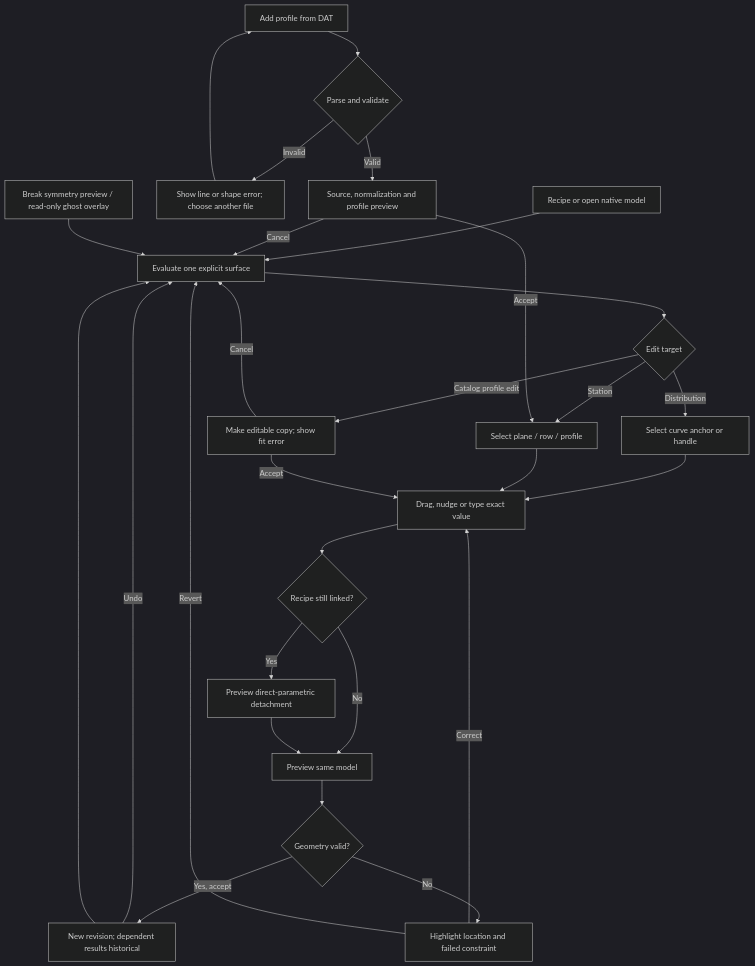
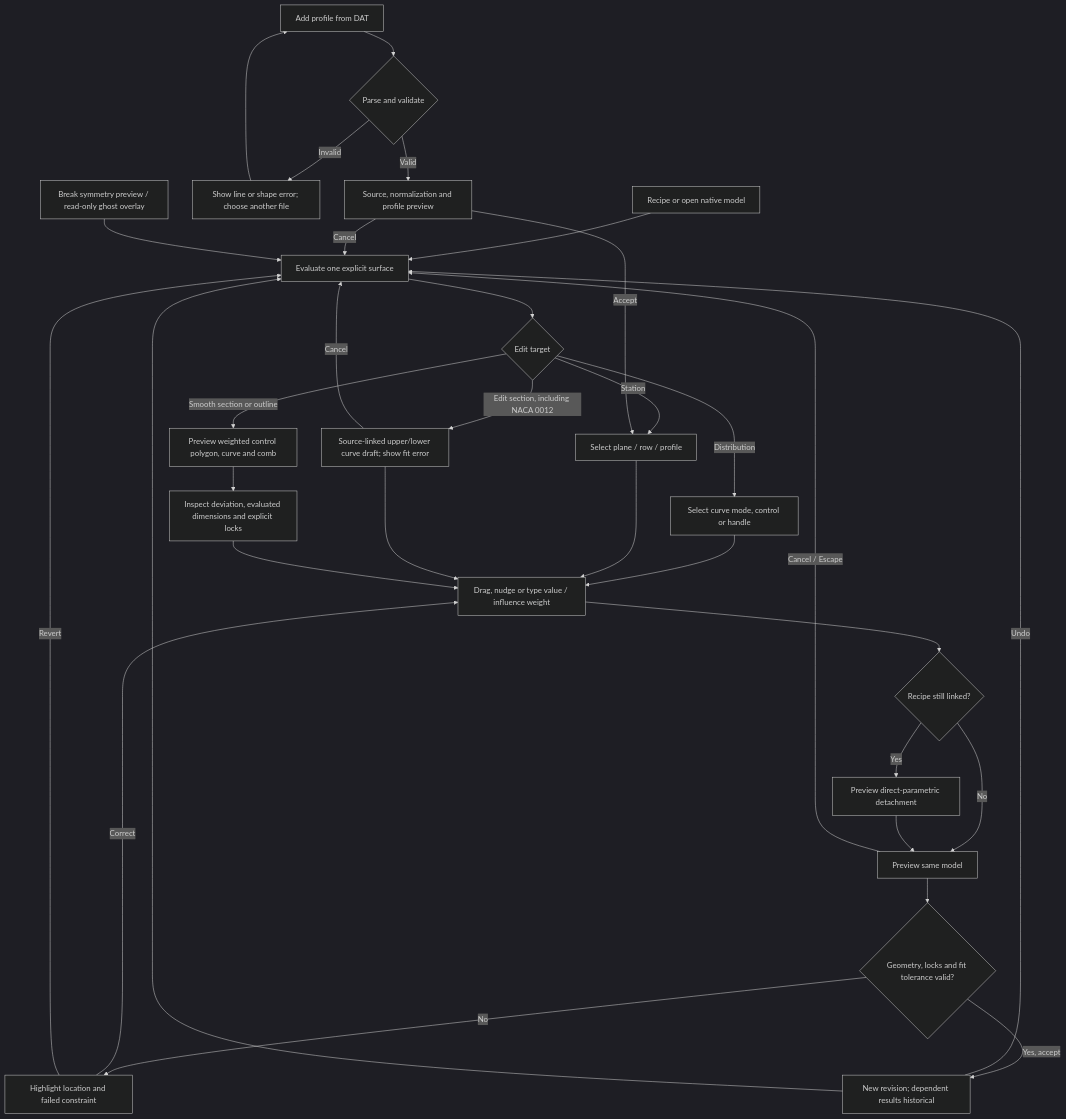
One commit to timianmalloo/CFD-Workbench changed the second of 5 diagrams in docs/specs/cfd-workbench.md. Above: the diagram before and after it, drawn with Mermaid (dark theme). The commit also changed other lines of this file and 25 other files, not shown here.

Commit message:
Expand foil editing and flow sweep specification and mockups

````diff
--- a/docs/specs/cfd-workbench.md
+++ b/docs/specs/cfd-workbench.md
@@ -289,30 +339,34 @@
 ```mermaid
 flowchart TD
 A[Recipe or open native model] --> B[Evaluate one explicit surface]
 B --> C{Edit target}
-C -->|Distribution| D[Select curve anchor or handle]
+C -->|Distribution| D[Select curve mode, control or handle]
 C -->|Station| E[Select plane / row / profile]
-D --> F[Drag, nudge or type exact value]
+D --> F[Drag, nudge or type value / influence weight]
 E --> F
 F --> G{Recipe still linked?}
 G -->|Yes| H[Preview direct-parametric detachment]
 G -->|No| I[Preview same model]
 H --> I
-I --> J{Geometry valid?}
+I --> J{Geometry, locks and fit tolerance valid?}
 J -->|Yes, accept| K[New revision; dependent results historical]
 J -->|No| L[Highlight location and failed constraint]
 L -->|Correct| F
 L -->|Revert| B
+I -->|Cancel / Escape| B
 K -->|Undo| B
 K --> B
-C -->|Catalog profile edit| M[Make editable copy; show fit error]
-M -->|Accept| F
+C -->|Edit section, including NACA 0012| M[Source-linked upper/lower curve draft; show fit error]
+M --> F
 M -->|Cancel| B
+C -->|Smooth section or outline| W[Preview weighted control polygon, curve and comb]
+W --> X[Inspect deviation, evaluated dimensions and explicit locks]
+X --> F
 Q[Add profile from DAT] --> R{Parse and validate}
 R -->|Invalid| T[Show line or shape error; choose another file]
 T --> Q
 R -->|Valid| U[Source, normalization and profile preview]
 U -->|Accept| E
 U -->|Cancel| B
 V[Break symmetry preview / read-only ghost overlay] --> B
 ```
````
